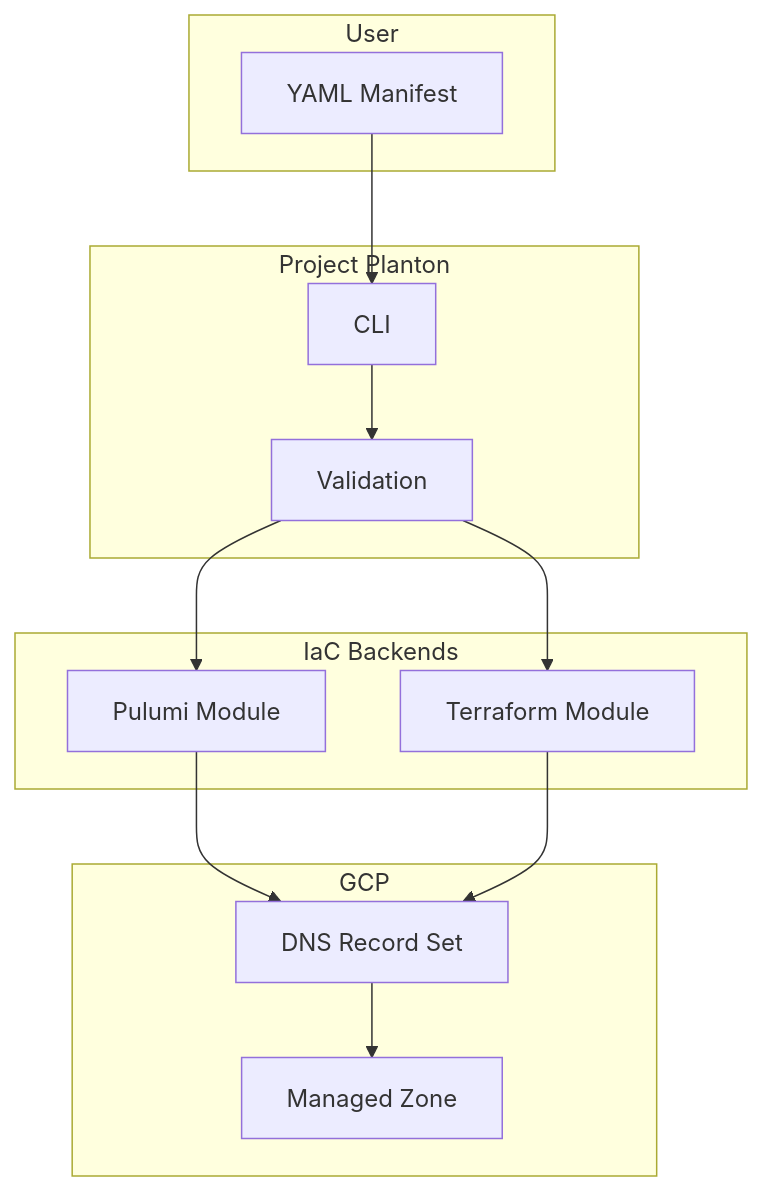
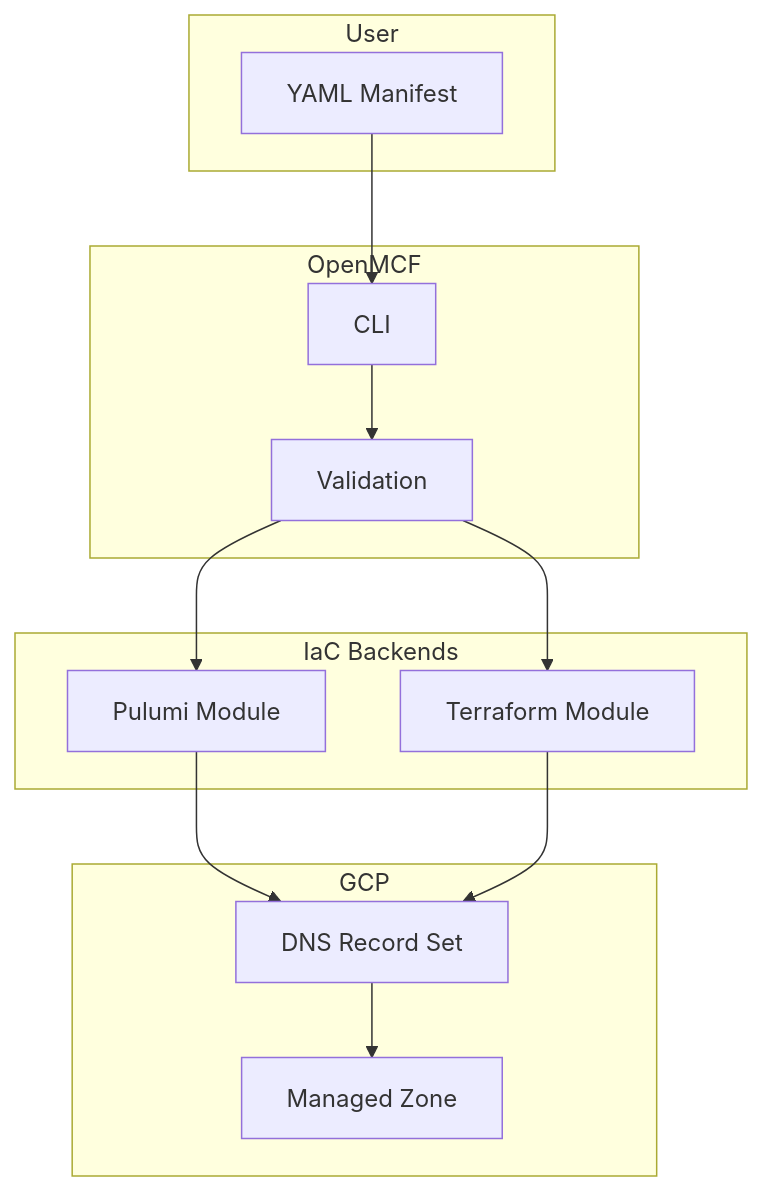
The first of 2 diagrams in _changelog/2026-01/2026-01-23-104300-forge-gcp-dns-record-component.md (plantonhq/openmcf), drawn with Mermaid before and after one commit. The commit also changed other lines of this file and 11262 other files, not shown here.

````diff
--- a/_changelog/2026-01/2026-01-23-104300-forge-gcp-dns-record-component.md
+++ b/_changelog/2026-01/2026-01-23-104300-forge-gcp-dns-record-component.md
@@ -28,29 +28,29 @@
 ```mermaid
 flowchart TB
     subgraph "User"
         Manifest[YAML Manifest]
     end
     
-    subgraph "Project Planton"
+    subgraph "OpenMCF"
         CLI[CLI]
         Validate[Validation]
     end
     
     subgraph "IaC Backends"
         Pulumi[Pulumi Module]
         TF[Terraform Module]
     end
     
     subgraph "GCP"
         Zone[Managed Zone]
         Record[DNS Record Set]
     end
     
     Manifest --> CLI
     CLI --> Validate
     Validate --> Pulumi
     Validate --> TF
     Pulumi --> Record
     TF --> Record
     Record --> Zone
 ```
````
